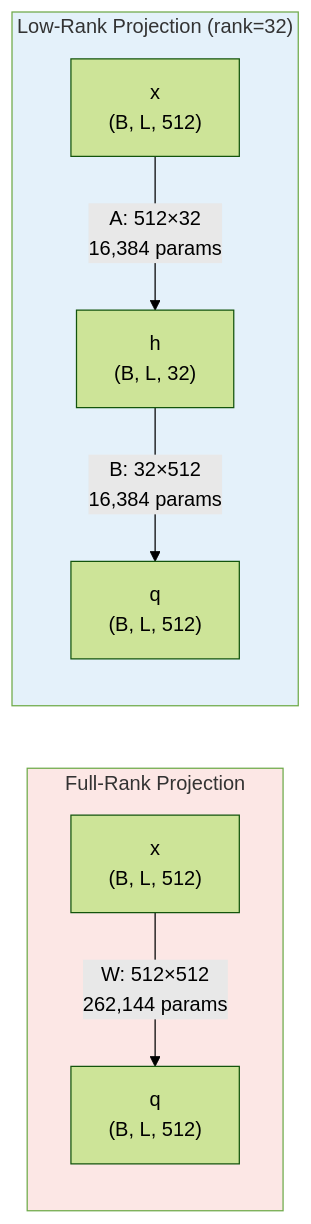
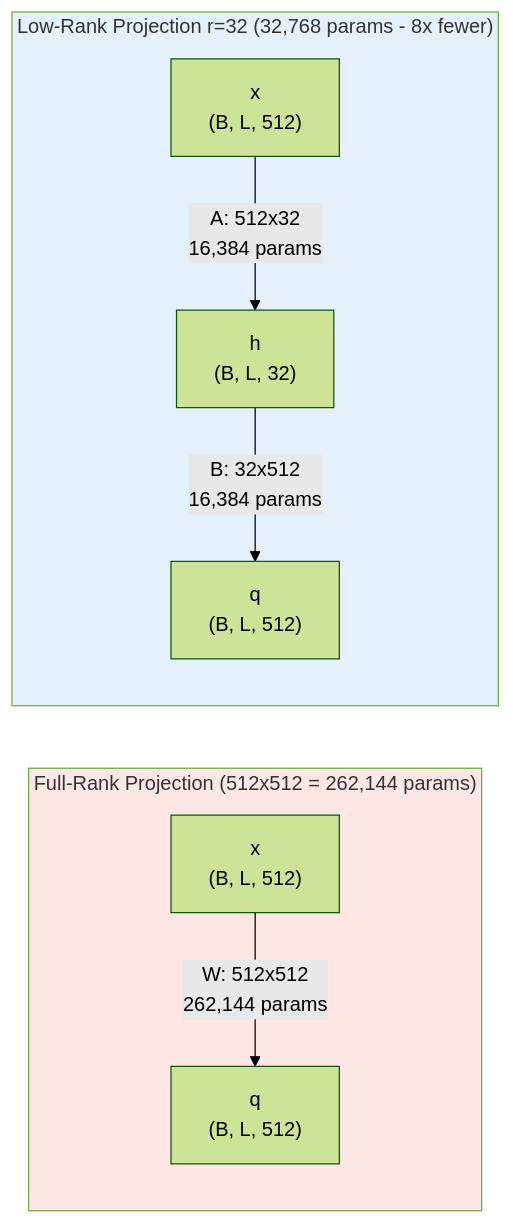
The fourth of 5 diagrams in README.md (hkevin01/unified-ml-optimizations), drawn with Mermaid (forest theme) before and after one commit. The commit also changed other lines of this file, not shown here.

Commit message:
Update README.md: Clarify low-rank decomposition and optimization techniques

````diff
--- a/README.md
+++ b/README.md
@@ -402,14 +402,14 @@
 ```mermaid
 graph LR
-    subgraph FULL["Full-Rank Projection"]
-        X1["x\n(B, L, 512)"] -->|"W: 512×512\n262,144 params"| Y1["q\n(B, L, 512)"]
+    subgraph FULL["Full-Rank Projection (512x512 = 262,144 params)"]
+        X1["x\n(B, L, 512)"] -->|"W: 512x512\n262,144 params"| Y1["q\n(B, L, 512)"]
     end
 
-    subgraph LOWRANK["Low-Rank Projection (rank=32)"]
-        X2["x\n(B, L, 512)"] -->|"A: 512×32\n16,384 params"| H["h\n(B, L, 32)"]
-        H -->|"B: 32×512\n16,384 params"| Y2["q\n(B, L, 512)"]
+    subgraph LOWRANK["Low-Rank Projection r=32 (32,768 params - 8x fewer)"]
+        X2["x\n(B, L, 512)"] -->|"A: 512x32\n16,384 params"| H["h\n(B, L, 32)"]
+        H -->|"B: 32x512\n16,384 params"| Y2["q\n(B, L, 512)"]
     end
 
     style FULL fill:#e74c3c22
     style LOWRANK fill:#3498db22
 ```
````
